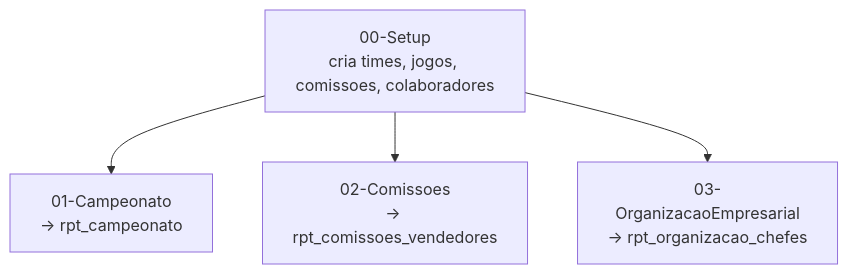
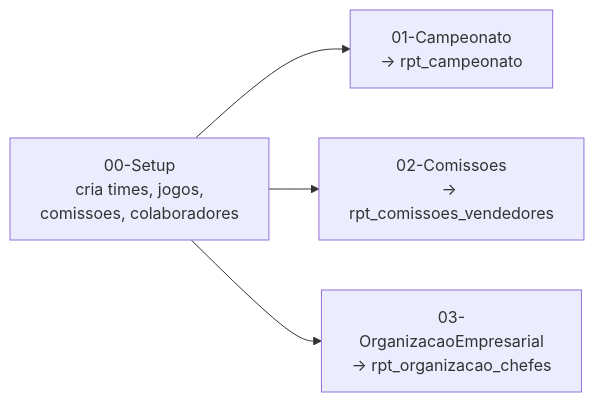
The first of 2 diagrams in README.md (techronnan/case_tire_and_wheel_shop_data_engineering_2026), drawn with Mermaid before and after one commit. The commit also changed other lines of this file, not shown here.

Commit message:
docs: trocar diagramas mermaid pra LR (setas retas em vez de curvadas)

````diff
--- a/README.md
+++ b/README.md
@@ -16,6 +16,6 @@
 ```mermaid
-flowchart TD
-    S[00-Setup<br/>cria times, jogos, comissoes, colaboradores] --> C1[01-Campeonato<br/>→ rpt_campeonato]
+flowchart LR
+    S[00-Setup<br/>cria times, jogos,<br/>comissoes, colaboradores] --> C1[01-Campeonato<br/>→ rpt_campeonato]
     S --> C2[02-Comissoes<br/>→ rpt_comissoes_vendedores]
     S --> C3[03-OrganizacaoEmpresarial<br/>→ rpt_organizacao_chefes]
 ```
````
